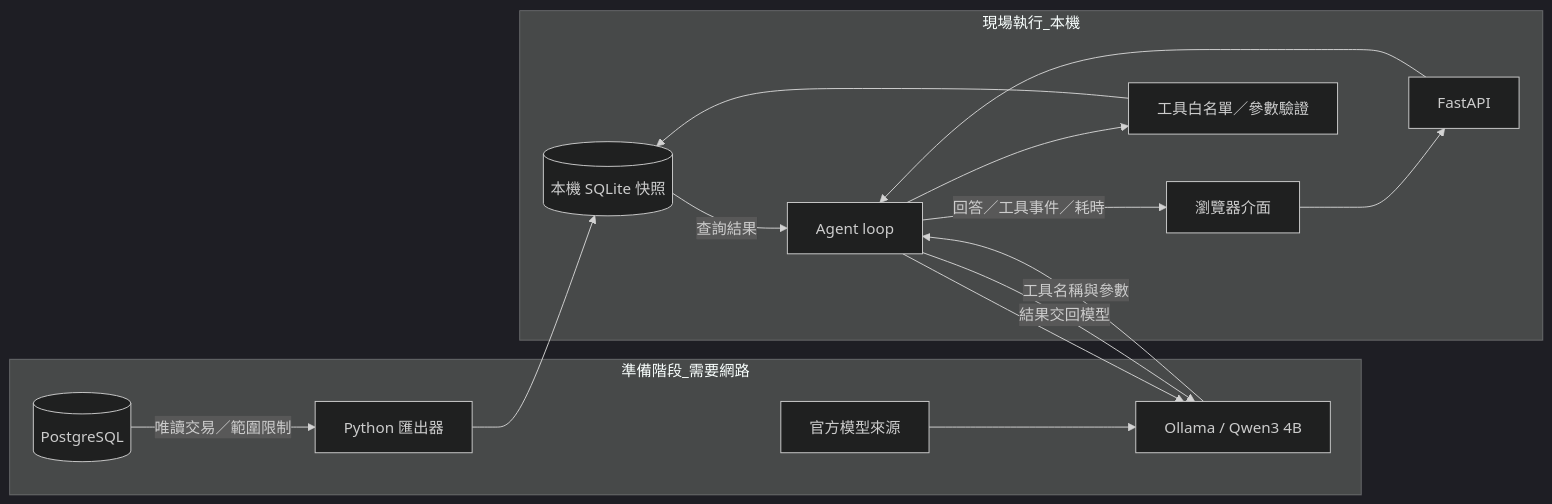
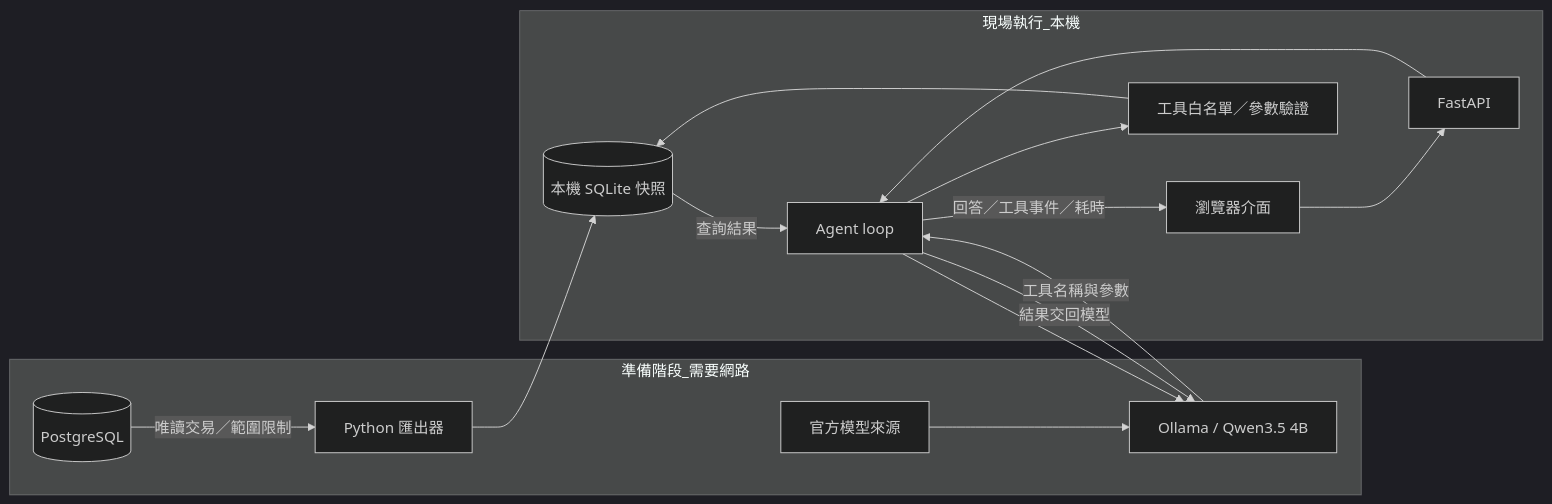
One commit to zunmatched/ollama_test changed the diagram in docs/ARCHITECTURE.md. Above: the diagram before and after it, drawn with Mermaid (dark theme). The commit also changed other lines of this file and 6 other files, not shown here.

````diff
--- a/docs/ARCHITECTURE.md
+++ b/docs/ARCHITECTURE.md
@@ -5,19 +5,19 @@
 ```mermaid
 flowchart LR
   subgraph 準備階段_需要網路
     PG[(PostgreSQL)] -->|唯讀交易／範圍限制| Export[Python 匯出器]
-    Registry[官方模型來源] --> Ollama[Ollama / Qwen3 4B]
+    Registry[官方模型來源] --> Ollama[Ollama / Qwen3.5 4B]
   end
   Export --> DB[(本機 SQLite 快照)]
   subgraph 現場執行_本機
     UI[瀏覽器介面] --> API[FastAPI]
     API --> Loop[Agent loop]
     Loop --> Ollama
     Ollama -->|工具名稱與參數| Loop
     Loop --> Validate[工具白名單／參數驗證]
     Validate --> DB
     DB -->|查詢結果| Loop
     Loop -->|結果交回模型| Ollama
     Loop -->|回答／工具事件／耗時| UI
   end
 ```
````
